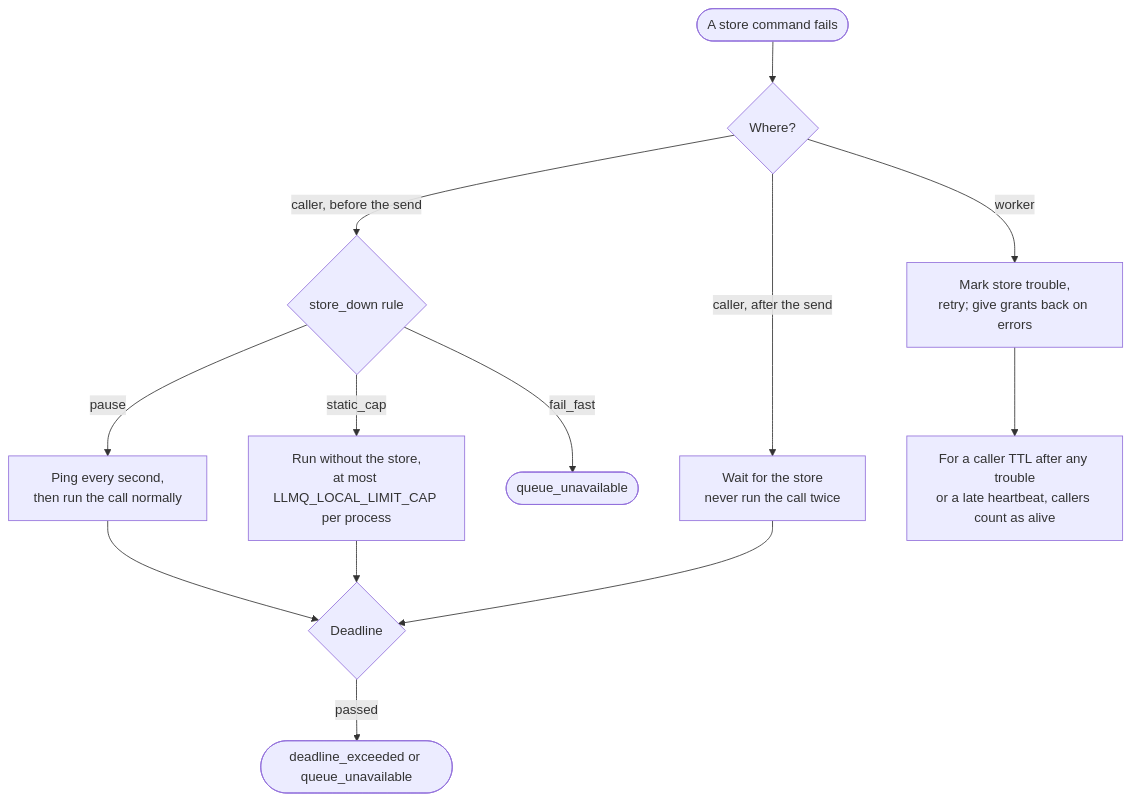
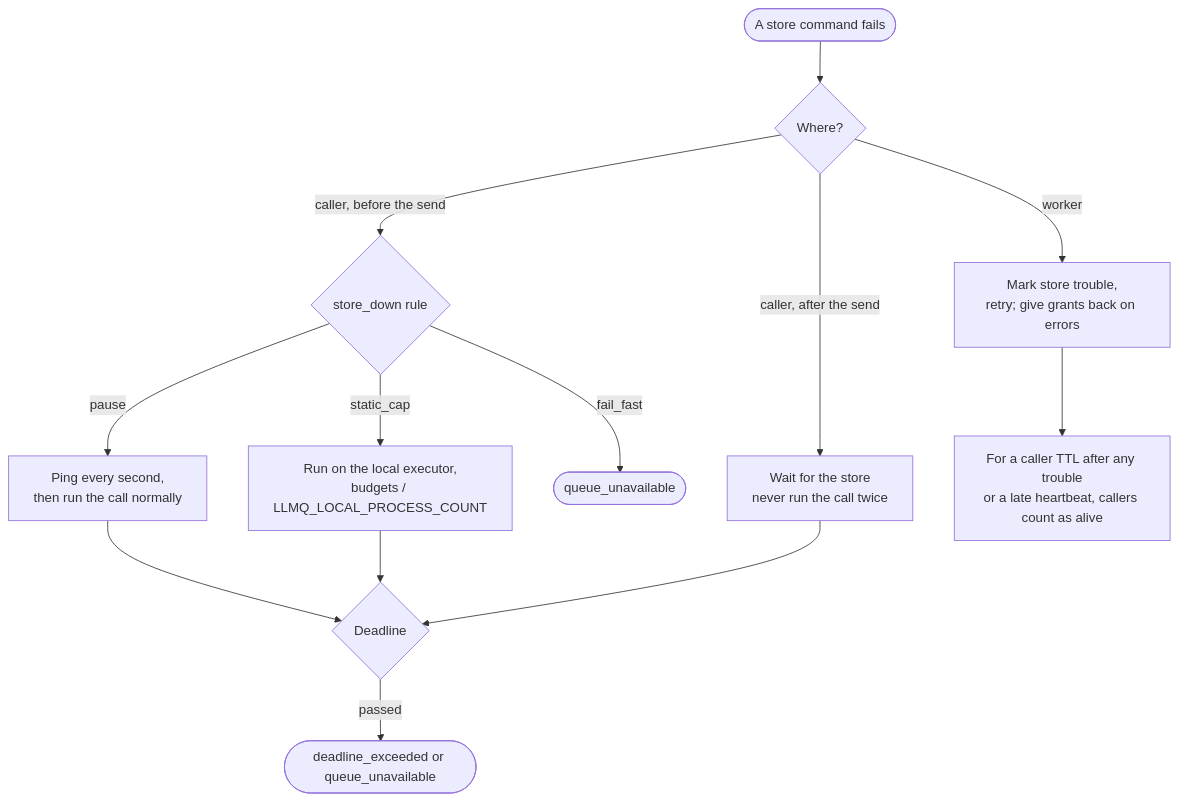
Before and after one commit to techiewonk/llm-queue: the second of 2 diagrams in docs/explanation/resilience.md, drawn with Mermaid. The commit also changed other lines of this file and 11 other files, not shown here.

````diff
--- a/docs/explanation/resilience.md
+++ b/docs/explanation/resilience.md
@@ -27,13 +27,13 @@
 ```mermaid
 flowchart TD
   X([A store command fails]) --> Y{Where?}
   Y -- "caller, before the send" --> SD{store_down rule}
   SD -- pause --> SP[Ping every second,<br/>then run the call normally]
-  SD -- static_cap --> SC[Run without the store,<br/>at most LLMQ_LOCAL_LIMIT_CAP per process]
+  SD -- static_cap --> SC[Run on the local executor,<br/>budgets / LLMQ_LOCAL_PROCESS_COUNT]
   SD -- fail_fast --> SF([queue_unavailable])
   Y -- "caller, after the send" --> SW[Wait for the store<br/>never run the call twice]
   Y -- "worker" --> WT[Mark store trouble,<br/>retry; give grants back on errors]
   SP & SC & SW --> DL{Deadline}
   DL -- passed --> DE([deadline_exceeded or queue_unavailable])
   WT --> G[For a caller TTL after any trouble<br/>or a late heartbeat, callers count as alive]
 ```
````
